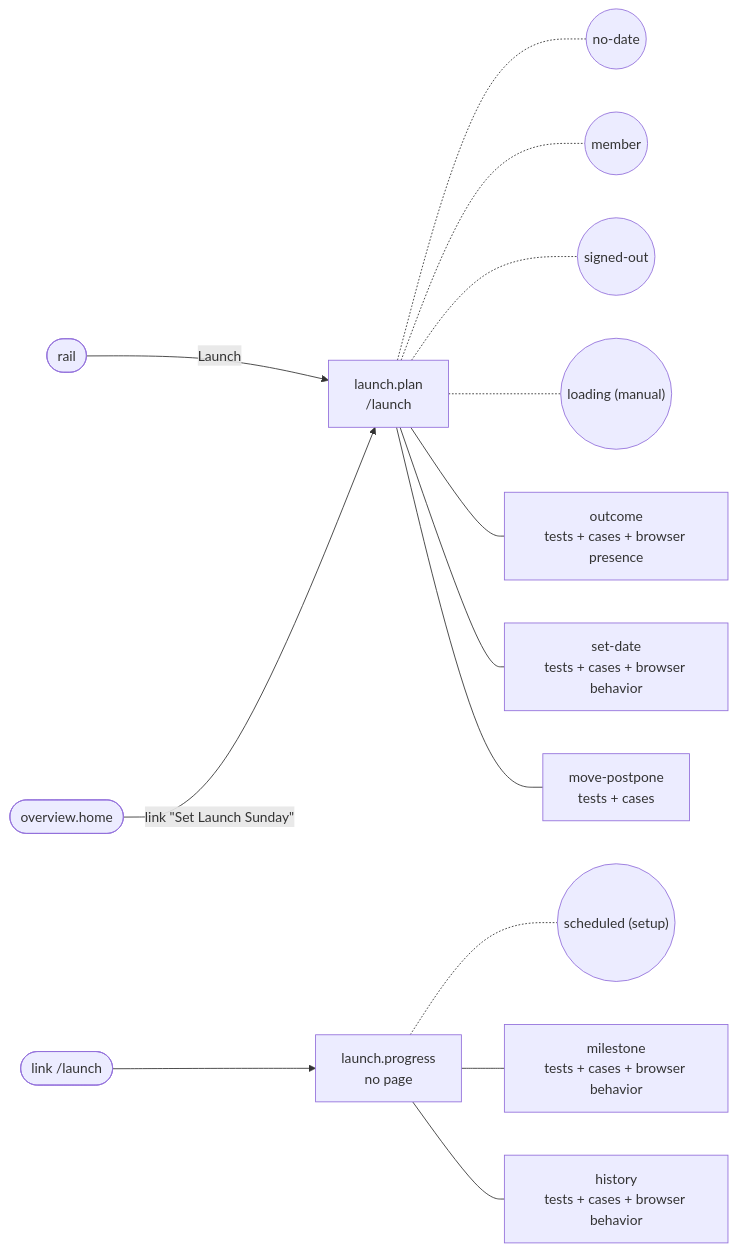
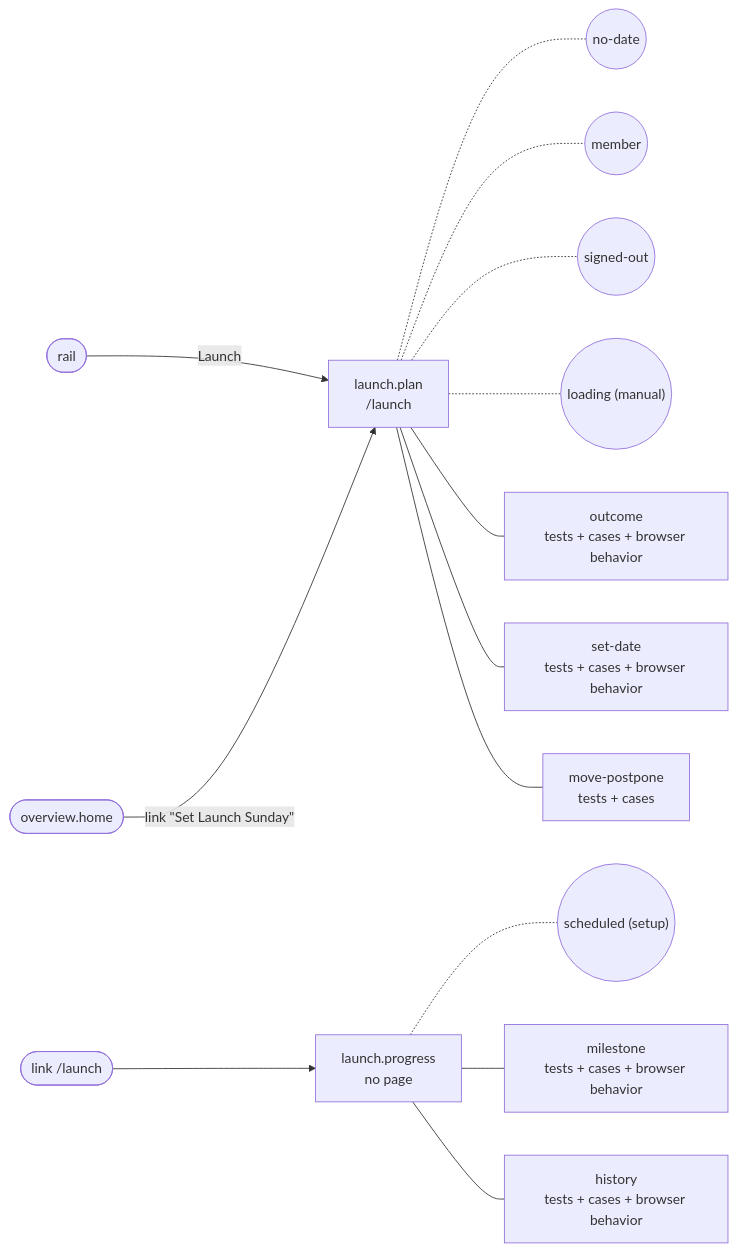
One commit to SebastianGarces/everyfield changed the diagram in docs/feature-maps/launch.md. Above: the diagram before and after it, drawn with Mermaid. The commit also changed other lines of this file and 7 other files, not shown here.

````diff
--- a/docs/feature-maps/launch.md
+++ b/docs/feature-maps/launch.md
@@ -6,21 +6,21 @@
 ```mermaid
 flowchart LR
   rail(["rail"])
   s1_link0(["link /launch"])
   x_overview_home(["overview.home"])
   s0["launch.plan<br/>/launch"]
   rail -- "Launch" --> s0
   x_overview_home -- "link #quot;Set Launch Sunday#quot;" --> s0
   s0 -.- s0_st0(("no-date"))
   s0 -.- s0_st1(("member"))
   s0 -.- s0_st2(("signed-out"))
   s0 -.- s0_st3(("loading (manual)"))
-  s0 --- s0_b0["outcome<br/>tests + cases + browser presence"]
+  s0 --- s0_b0["outcome<br/>tests + cases + browser behavior"]
   s0 --- s0_b1["set-date<br/>tests + cases + browser behavior"]
   s0 --- s0_b2["move-postpone<br/>tests + cases"]
   s1["launch.progress<br/>no page"]
   s1_link0 --> s1
   s1 -.- s1_st0(("scheduled (setup)"))
   s1 --- s1_b0["milestone<br/>tests + cases + browser behavior"]
   s1 --- s1_b1["history<br/>tests + cases + browser behavior"]
 ```
````
